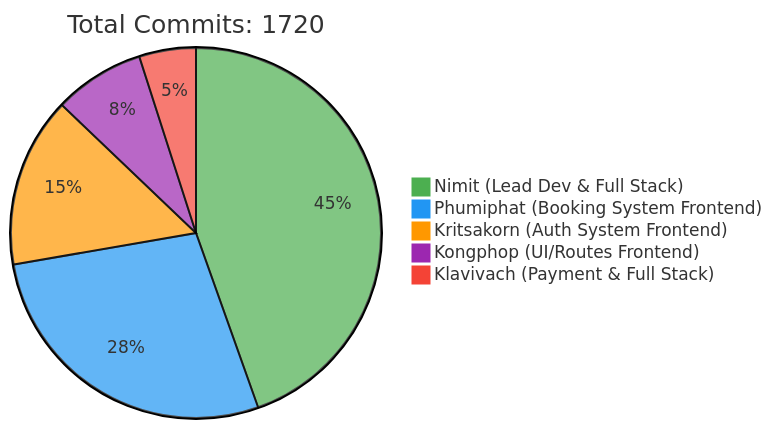
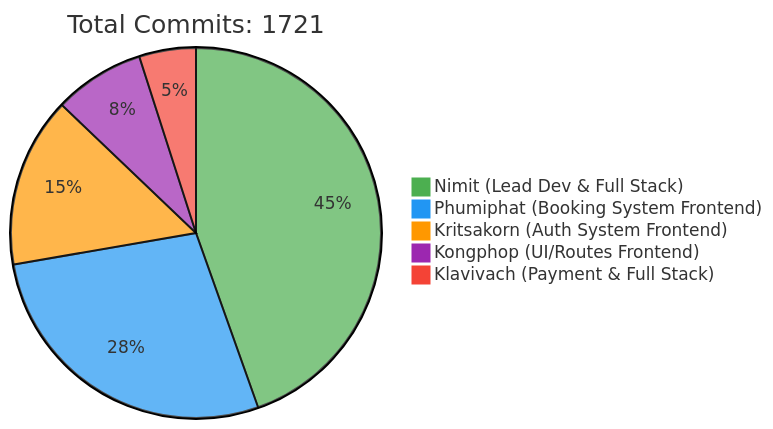
One commit to 6531503042/Sport-Complex changed the first of 2 diagrams in README.md. Above: the diagram before and after it, drawn with Mermaid. The commit also changed other lines of this file, not shown here.

Commit message:
docs: Update contributor statistics [skip ci]

````diff
--- a/README.md
+++ b/README.md
@@ -257,10 +257,10 @@
 ```mermaid
 %%{init: {'theme': 'base', 'themeVariables': { 'pie1': '#4CAF50', 'pie2': '#2196F3', 'pie3': '#FF9800', 'pie4': '#9C27B0', 'pie5': '#F44336'}}}%%
 pie
-    title Total Commits: 1720
+    title Total Commits: 1721
     "Nimit (Lead Dev & Full Stack)" : 450
     "Phumiphat (Booking System Frontend)" : 280
     "Kritsakorn (Auth System Frontend)" : 150
     "Kongphop (UI/Routes Frontend)" : 80
     "Klavivach (Payment & Full Stack)" : 50
 ```
````
